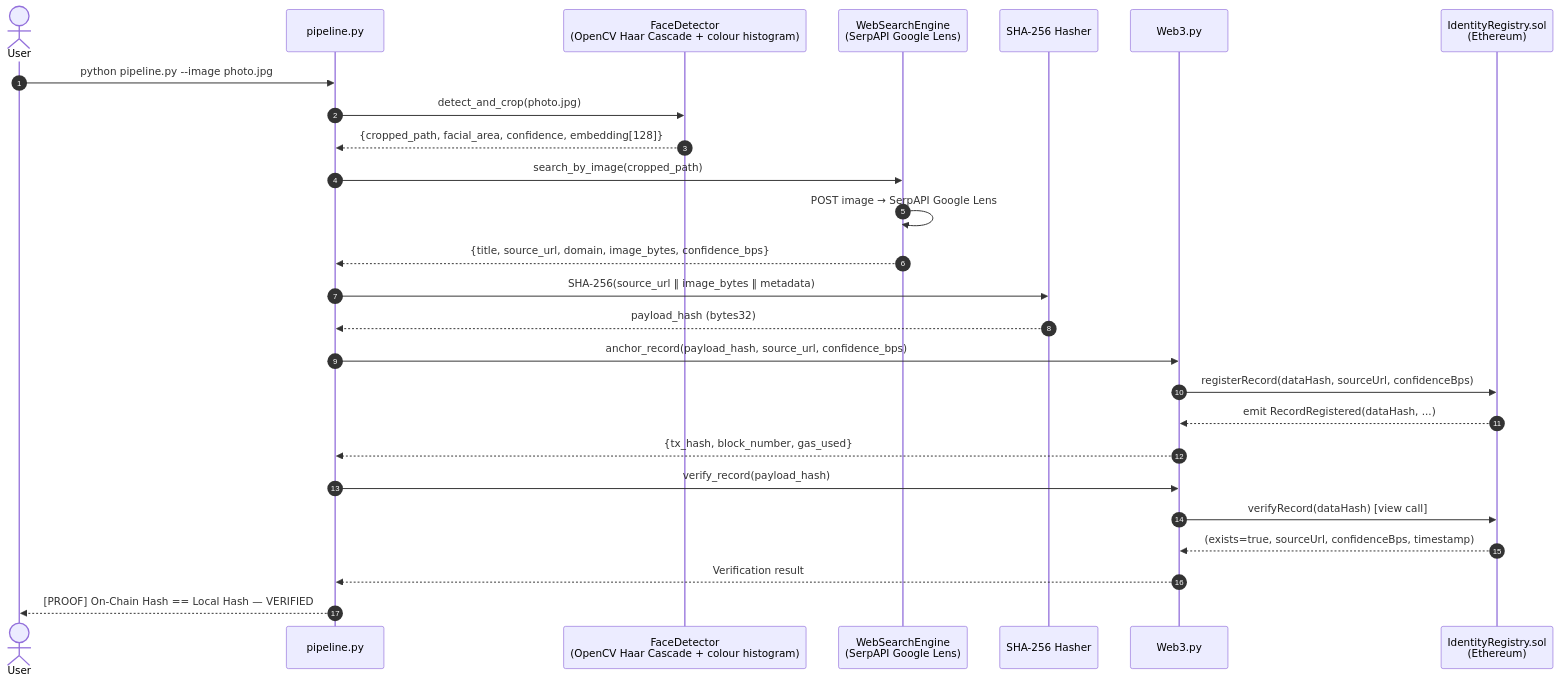
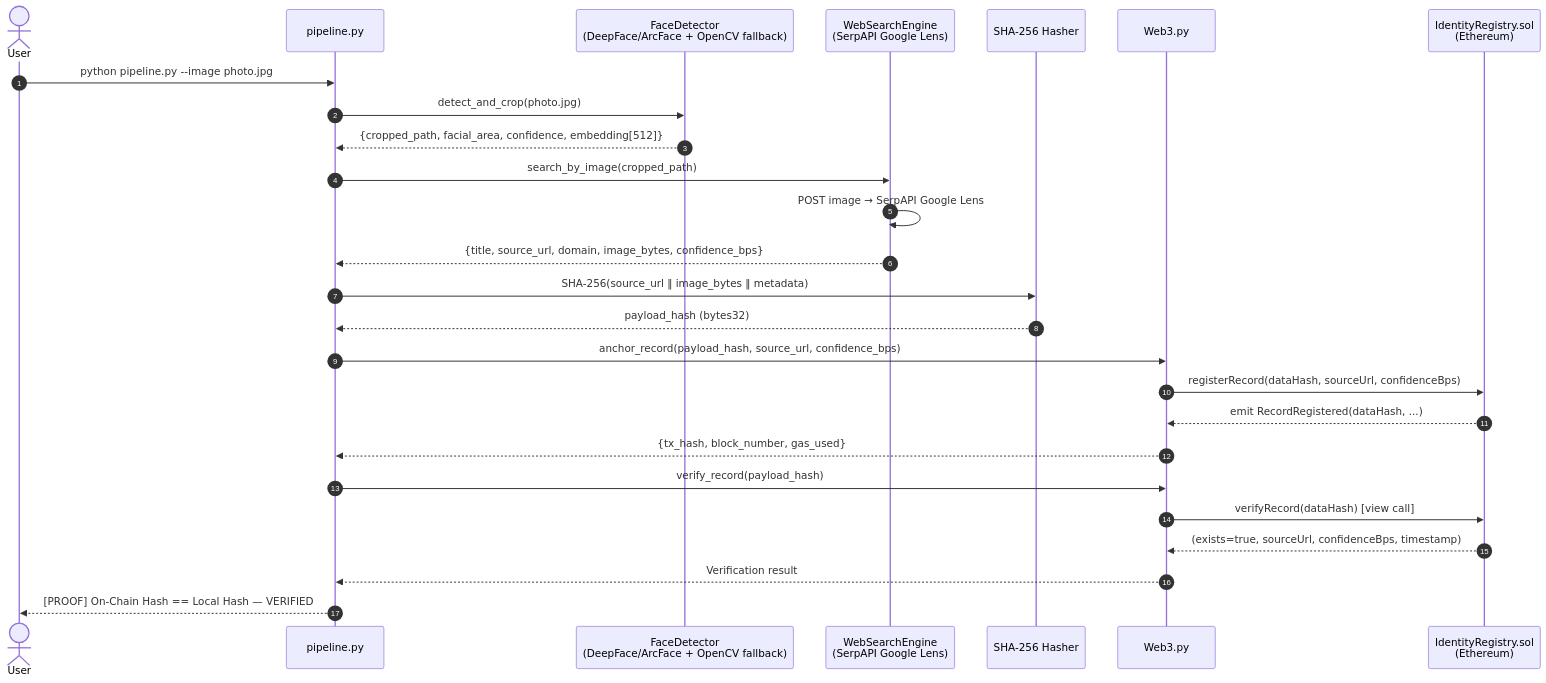
One commit to ShrujanSunkari/hh_goa_task3 changed the diagram in README.md. Above: the diagram before and after it, drawn with Mermaid. The commit also changed other lines of this file and 29 other files, not shown here.

````diff
--- a/README.md
+++ b/README.md
@@ -42,34 +54,34 @@
 ```mermaid
 sequenceDiagram
     autonumber
     actor User
     participant CLI   as pipeline.py
-    participant FD    as FaceDetector<br/>(OpenCV Haar Cascade + colour histogram)
+    participant FD    as FaceDetector<br/>(DeepFace/ArcFace + OpenCV fallback)
     participant SE    as WebSearchEngine<br/>(SerpAPI Google Lens)
     participant Hash  as SHA-256 Hasher
     participant W3    as Web3.py
     participant Chain as IdentityRegistry.sol<br/>(Ethereum)
 
     User  ->> CLI   : python pipeline.py --image photo.jpg
     CLI   ->> FD    : detect_and_crop(photo.jpg)
-    FD    -->> CLI  : {cropped_path, facial_area, confidence, embedding[128]}
+    FD    -->> CLI  : {cropped_path, facial_area, confidence, embedding[512]}
 
     CLI   ->> SE    : search_by_image(cropped_path)
     SE    ->> SE    : POST image → SerpAPI Google Lens
     SE    -->> CLI  : {title, source_url, domain, image_bytes, confidence_bps}
 
     CLI   ->> Hash  : SHA-256(source_url ‖ image_bytes ‖ metadata)
     Hash  -->> CLI  : payload_hash (bytes32)
 
     CLI   ->> W3    : anchor_record(payload_hash, source_url, confidence_bps)
     W3    ->> Chain : registerRecord(dataHash, sourceUrl, confidenceBps)
     Chain -->> W3   : emit RecordRegistered(dataHash, ...)
     W3    -->> CLI  : {tx_hash, block_number, gas_used}
 
     CLI   ->> W3    : verify_record(payload_hash)
     W3    ->> Chain : verifyRecord(dataHash) [view call]
     Chain -->> W3   : (exists=true, sourceUrl, confidenceBps, timestamp)
     W3    -->> CLI  : Verification result
 
     CLI   -->> User : [PROOF] On-Chain Hash == Local Hash — VERIFIED
 ```
````
